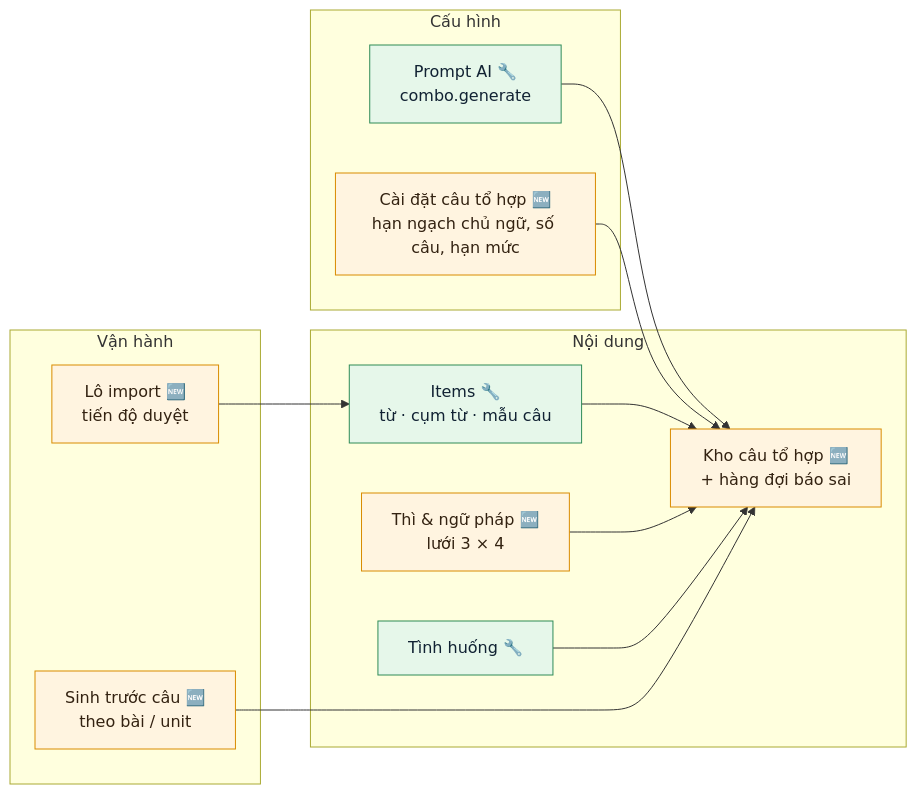
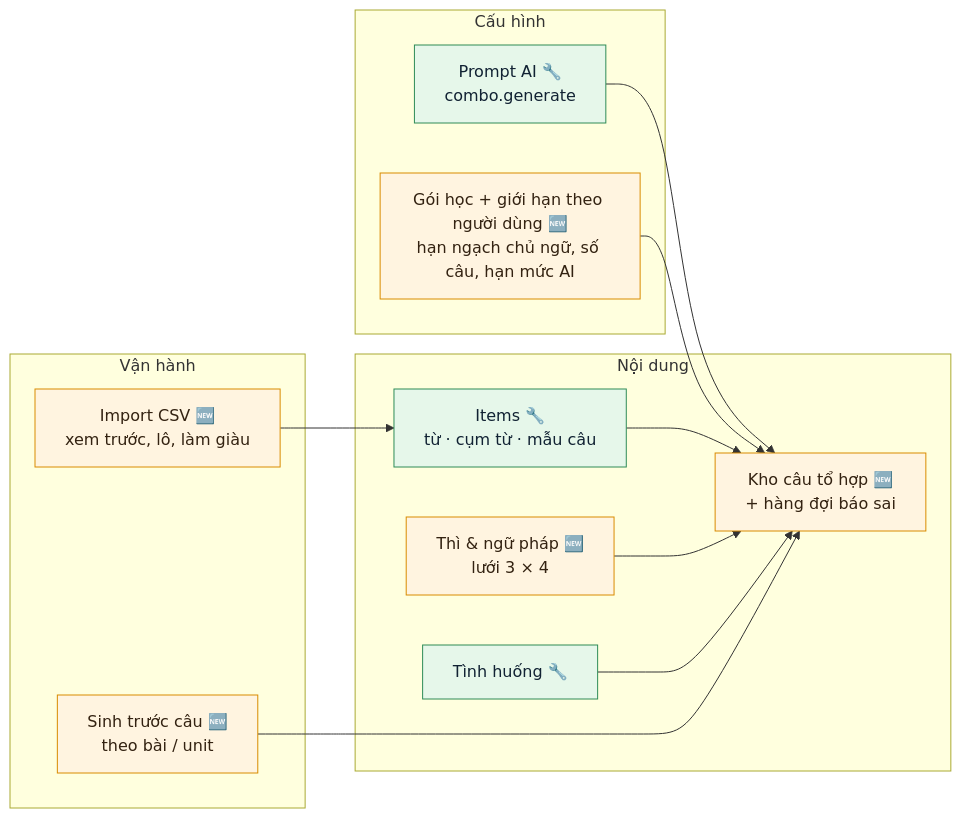
The sixth of 8 diagrams in docs/design/vocab-pattern-tense-path.md (hnhatr/LingoBites-App), drawn with Mermaid before and after one commit. The commit also changed other lines of this file, not shown here.

First line of the commit message:
docs: CSV import on admin, per-user limits, no manual review of AI sentences

````diff
--- a/docs/design/vocab-pattern-tense-path.md
+++ b/docs/design/vocab-pattern-tense-path.md
@@ -411,26 +415,26 @@
 ```mermaid
 flowchart LR
   classDef old fill:#e6f7ea,stroke:#2e8b57,color:#123
   classDef new fill:#fff4e0,stroke:#d98b00,color:#321
   subgraph Content["Nội dung"]
     A1["Items 🔧<br/>từ · cụm từ · mẫu câu"]:::old
     A2["Thì & ngữ pháp 🆕<br/>lưới 3 × 4"]:::new
     A3["Tình huống 🔧"]:::old
     A4["Kho câu tổ hợp 🆕<br/>+ hàng đợi báo sai"]:::new
   end
   subgraph Config["Cấu hình"]
-    B1["Cài đặt câu tổ hợp 🆕<br/>hạn ngạch chủ ngữ, số câu, hạn mức"]:::new
+    B1["Gói học + giới hạn theo người dùng 🆕<br/>hạn ngạch chủ ngữ, số câu, hạn mức AI"]:::new
     B2["Prompt AI 🔧<br/>combo.generate"]:::old
   end
   subgraph Ops["Vận hành"]
-    C1["Lô import 🆕<br/>tiến độ duyệt"]:::new
+    C1["Import CSV 🆕<br/>xem trước, lô, làm giàu"]:::new
     C2["Sinh trước câu 🆕<br/>theo bài / unit"]:::new
   end
   C1 --> A1
   B2 --> A4
   B1 --> A4
   A1 --> A4
   A2 --> A4
   A3 --> A4
   C2 --> A4
 ```
````
